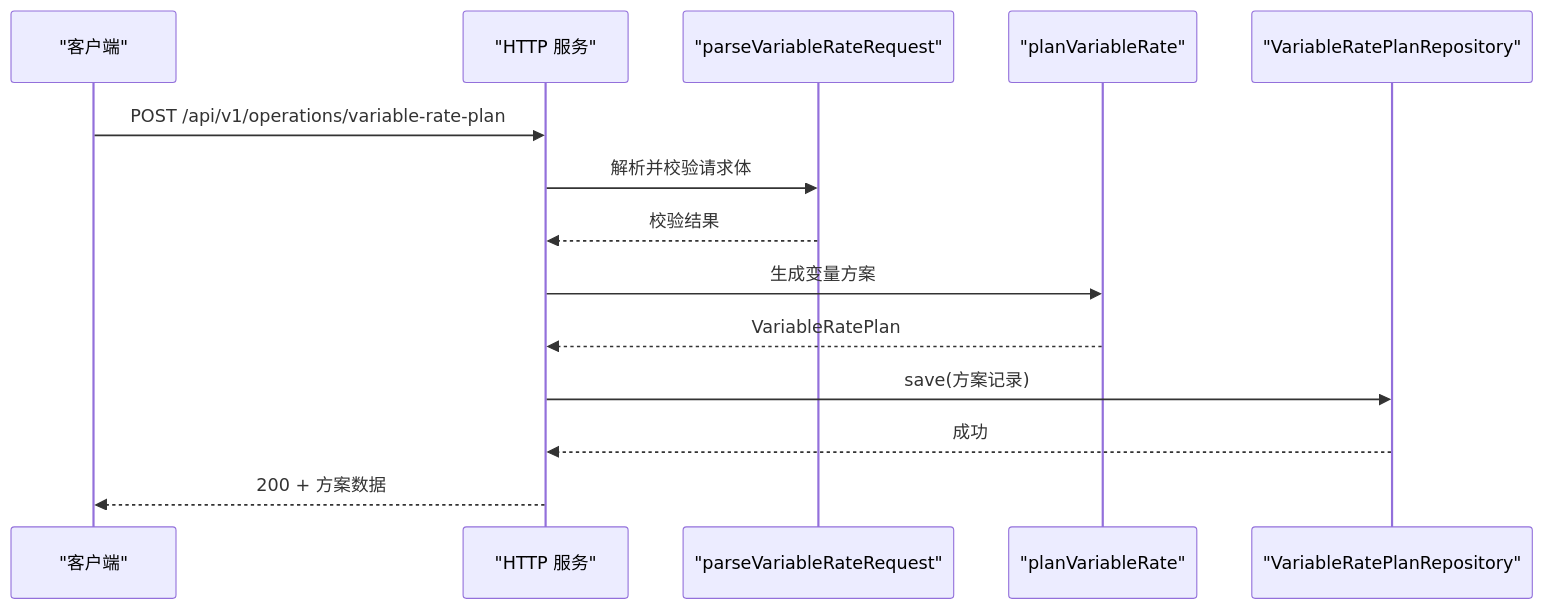
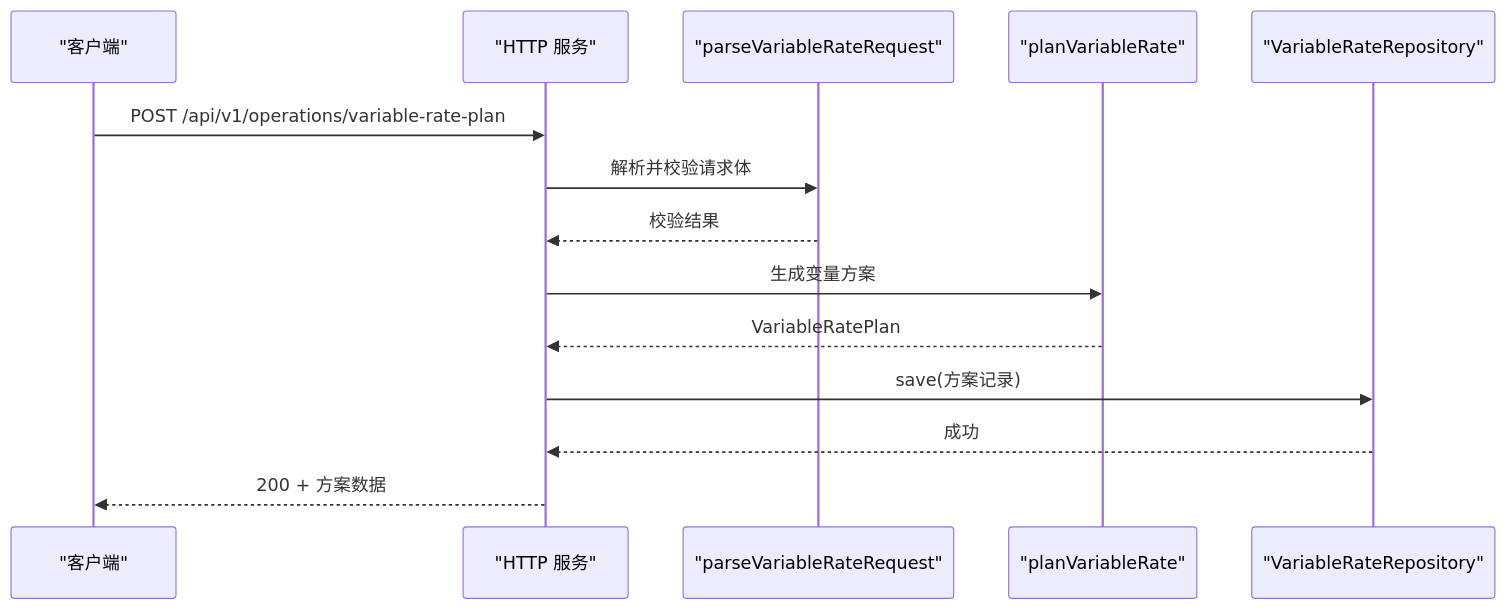
One commit to q446328246/agri-platform changed the fifth of 6 diagrams in .qoder/repowiki/zh/content/核心服务文档/作业服务/变量施肥播种规划.md. Above: the diagram before and after it, drawn with Mermaid. The commit also changed other lines of this file and 47 other files, not shown here.

````diff
--- a/.qoder/repowiki/zh/content/核心服务文档/作业服务/变量施肥播种规划.md
+++ b/.qoder/repowiki/zh/content/核心服务文档/作业服务/变量施肥播种规划.md
@@ -183,16 +211,16 @@
 ```mermaid
 sequenceDiagram
 participant Client as "客户端"
 participant Http as "HTTP 服务"
 participant Parser as "parseVariableRateRequest"
 participant Planner as "planVariableRate"
-participant Repo as "VariableRatePlanRepository"
+participant Repo as "VariableRateRepository"
 Client->>Http : POST /api/v1/operations/variable-rate-plan
 Http->>Parser : 解析并校验请求体
 Parser-->>Http : 校验结果
 Http->>Planner : 生成变量方案
 Planner-->>Http : VariableRatePlan
 Http->>Repo : save(方案记录)
 Repo-->>Http : 成功
 Http-->>Client : 200 + 方案数据
 ```
````
